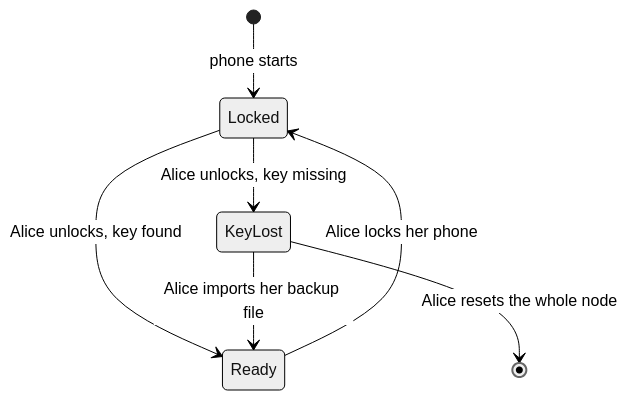
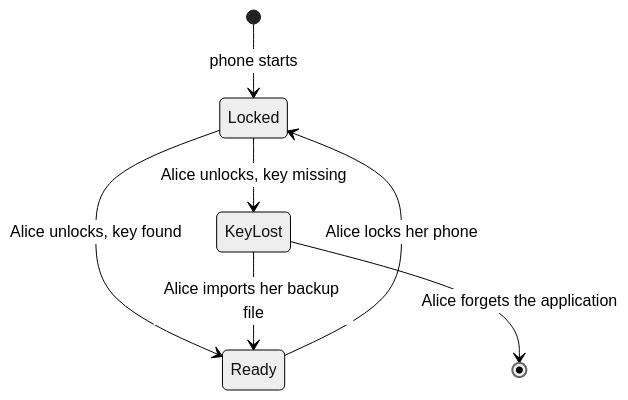
Before and after one commit to EVY-Platform/evy-freenet-plans: the diagram in 1-freenet-mobile-appkit/05-identity.md, drawn with Mermaid (neutral theme). The commit also changed other lines of this file and 35 other files, not shown here.

````diff
--- a/1-freenet-mobile-appkit/05-identity.md
+++ b/1-freenet-mobile-appkit/05-identity.md
@@ -88,9 +93,9 @@
 ```mermaid
 stateDiagram-v2
     [*] --> Locked: phone starts
     Locked --> Ready: Alice unlocks, key found
     Locked --> KeyLost: Alice unlocks, key missing
     Ready --> Locked: Alice locks her phone
     KeyLost --> Ready: Alice imports her backup file
-    KeyLost --> [*]: Alice resets the whole node
+    KeyLost --> [*]: Alice forgets the application
 ```
````
